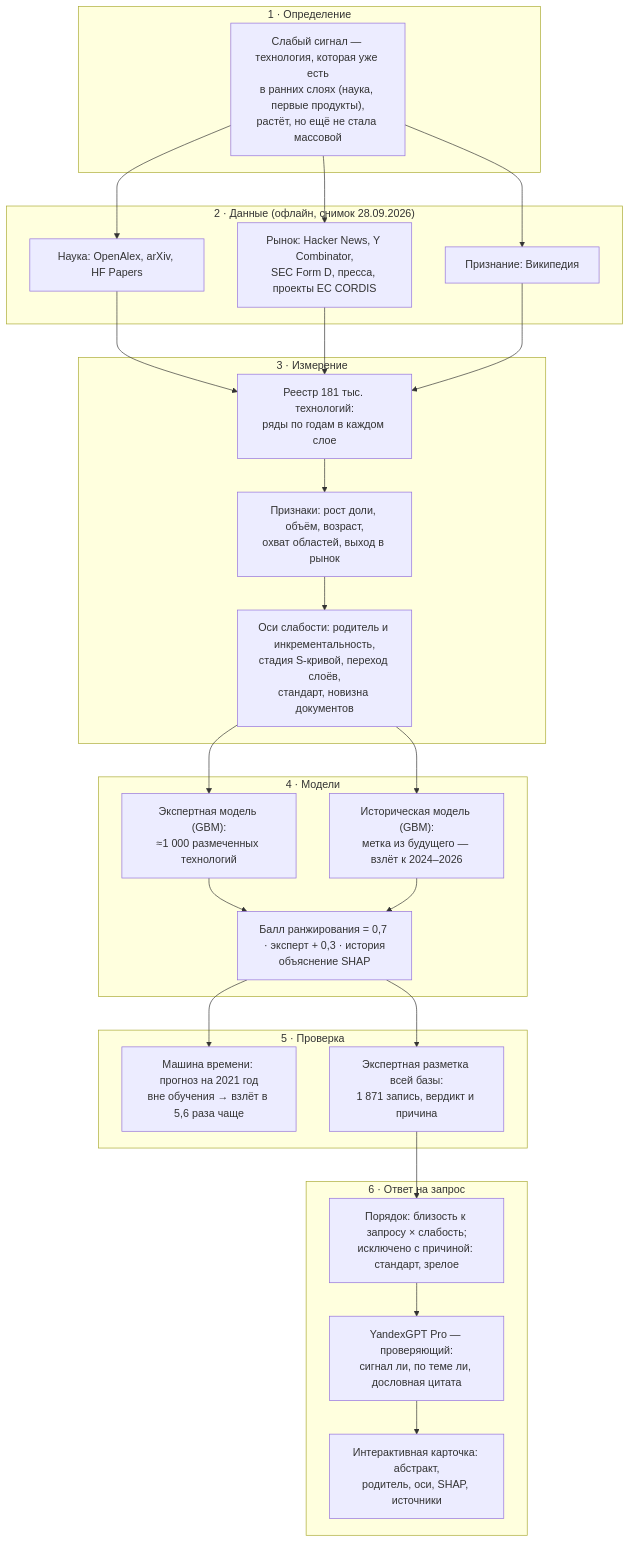
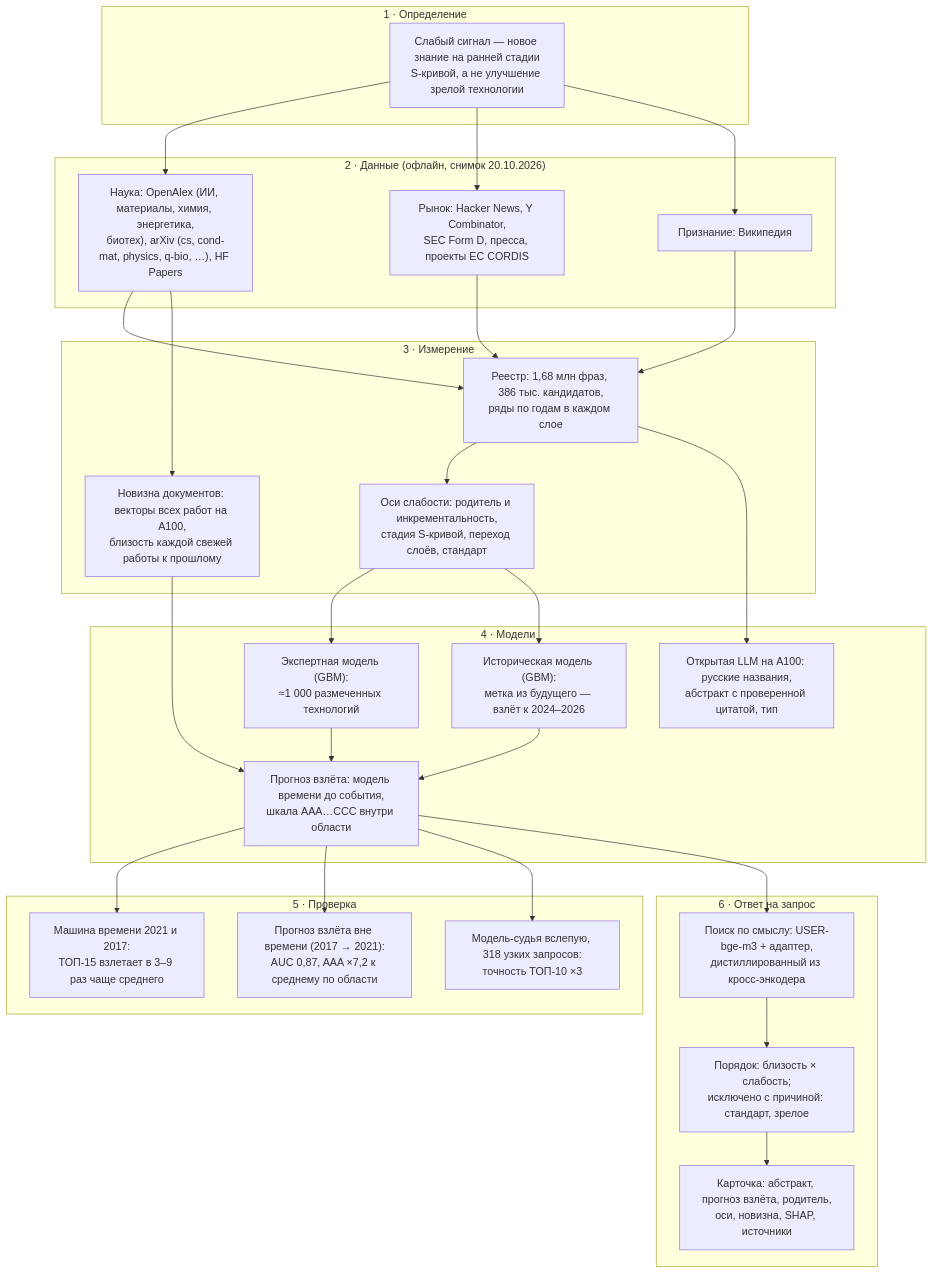
Before and after one commit to weak-signals-forecast/predvestnik: the diagram in README.md, drawn with Mermaid. The commit also changed other lines of this file and 11 other files, not shown here.

Commit message:
README: база v5d, прогноз взлёта, проверка вслепую, открытые модели на A100, адаптер запроса, запуск по умолчанию; gpu/ — расчёты на A100 (векторы, новизна, открытая LLM, учитель адаптера)

````diff
--- a/README.md
+++ b/README.md
@@ -62,33 +64,37 @@
 ```mermaid
 flowchart TB
     subgraph D0["1 · Определение"]
-        H["Слабый сигнал — технология, которая уже есть<br/>в ранних слоях (наука, первые продукты),<br/>растёт, но ещё не стала массовой"]
+        H["Слабый сигнал — новое знание на ранней стадии<br/>S-кривой, а не улучшение зрелой технологии"]
     end
-    subgraph D1["2 · Данные (офлайн, снимок 28.09.2026)"]
-        C1["Наука: OpenAlex, arXiv, HF Papers"]
+    subgraph D1["2 · Данные (офлайн, снимок 20.10.2026)"]
+        C1["Наука: OpenAlex (ИИ, материалы, химия, энергетика,<br/>биотех), arXiv (cs, cond-mat, physics, q-bio, …), HF Papers"]
         C2["Рынок: Hacker News, Y Combinator,<br/>SEC Form D, пресса, проекты ЕС CORDIS"]
         C3["Признание: Википедия"]
     end
     subgraph D2["3 · Измерение"]
-        R["Реестр 181 тыс. технологий:<br/>ряды по годам в каждом слое"]
-        X["Признаки: рост доли, объём, возраст,<br/>охват областей, выход в рынок"]
-        A["Оси слабости: родитель и инкрементальность,<br/>стадия S-кривой, переход слоёв,<br/>стандарт, новизна документов"]
+        R["Реестр: 1,68 млн фраз, 386 тыс. кандидатов,<br/>ряды по годам в каждом слое"]
+        A["Оси слабости: родитель и инкрементальность,<br/>стадия S-кривой, переход слоёв, стандарт"]
+        N["Новизна документов: векторы всех работ на A100,<br/>близость каждой свежей работы к прошлому"]
     end
     subgraph D3["4 · Модели"]
         M1["Экспертная модель (GBM):<br/>≈1 000 размеченных технологий"]
         M2["Историческая модель (GBM):<br/>метка из будущего — взлёт к 2024–2026"]
-        B["Балл ранжирования = 0,7 · эксперт + 0,3 · история<br/>объяснение SHAP"]
+        P["Прогноз взлёта: модель времени до события,<br/>шкала AAA…CCC внутри области"]
+        L["Открытая LLM на A100: русские названия,<br/>абстракт с проверенной цитатой, тип"]
     end
     subgraph D4["5 · Проверка"]
-        V1["Машина времени: прогноз на 2021 год<br/>вне обучения → взлёт в 5,6 раза чаще"]
-        V2["Экспертная разметка всей базы:<br/>1 871 запись, вердикт и причина"]
+        V1["Машина времени 2021 и 2017:<br/>ТОП-15 взлетает в 3–9 раз чаще среднего"]
+        V2["Прогноз взлёта вне времени (2017 → 2021):<br/>AUC 0,87, AAA ×7,2 к среднему по области"]
+        V3["Модель-судья вслепую, 318 узких запросов:<br/>точность ТОП-10 ×3"]
     end
     subgraph D5["6 · Ответ на запрос"]
-        O["Порядок: близость к запросу × слабость;<br/>исключено с причиной: стандарт, зрелое"]
-        Y["YandexGPT Pro — проверяющий:<br/>сигнал ли, по теме ли, дословная цитата"]
-        K["Интерактивная карточка: абстракт,<br/>родитель, оси, SHAP, источники"]
+        O["Поиск по смыслу: USER-bge-m3 + адаптер,<br/>дистиллированный из кросс-энкодера"]
+        X["Порядок: близость × слабость;<br/>исключено с причиной: стандарт, зрелое"]
+        K["Карточка: абстракт, прогноз взлёта, родитель,<br/>оси, новизна, SHAP, источники"]
     end
-    H --> C1 & C2 & C3 --> R --> X --> A --> M1 & M2 --> B
-    B --> V1
-    B --> V2 --> O --> Y --> K
+    H --> C1 & C2 & C3 --> R --> A --> M1 & M2 --> P
+    C1 --> N --> P
+    R --> L
+    P --> V1 & V2 & V3
+    P --> O --> X --> K
 ```
````
